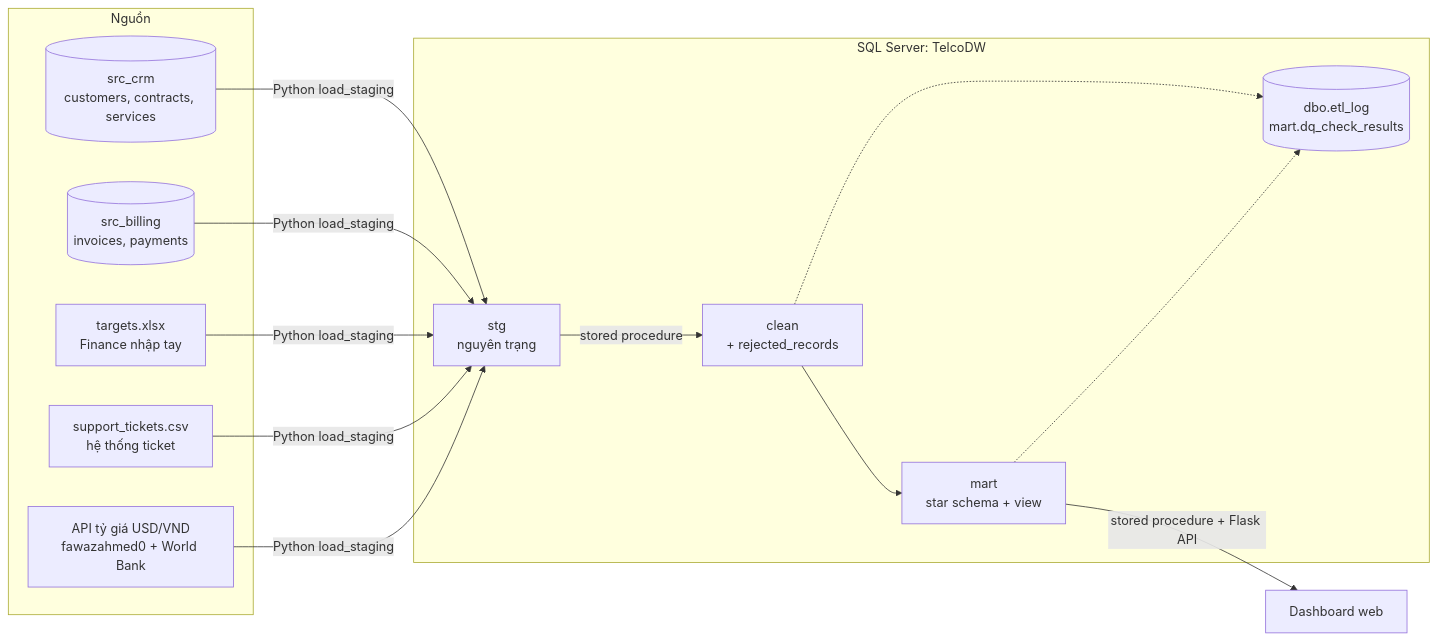
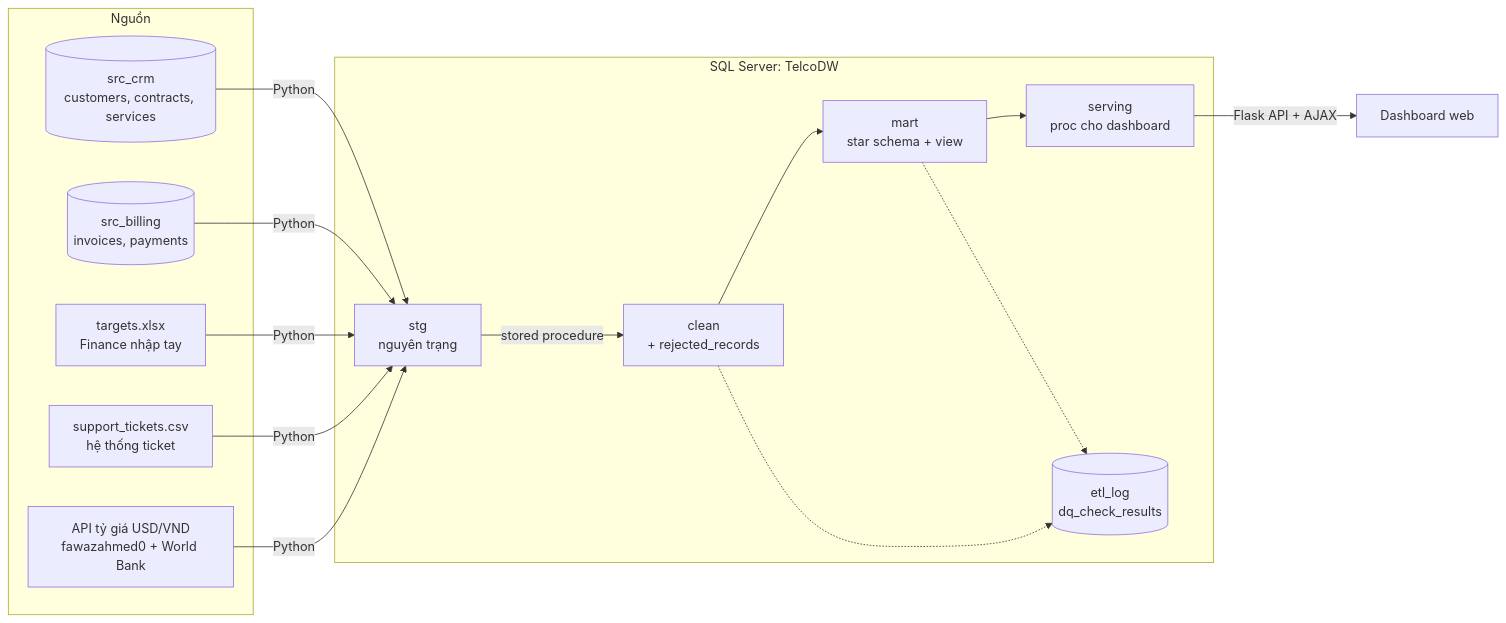
Before and after one commit to duyle215/telco-churn-analytics: the first of 2 diagrams in README.md, drawn with Mermaid. The commit also changed other lines of this file and 4 other files, not shown here.

````diff
--- a/README.md
+++ b/README.md
@@ -24,20 +71,21 @@
 ```mermaid
 flowchart LR
     subgraph Nguồn
         A[(src_crm<br/>customers, contracts, services)]
         B[(src_billing<br/>invoices, payments)]
         C[targets.xlsx<br/>Finance nhập tay]
         D[support_tickets.csv<br/>hệ thống ticket]
         E[API tỷ giá USD/VND<br/>fawazahmed0 + World Bank]
     end
     subgraph TelcoDW [SQL Server: TelcoDW]
         S[stg<br/>nguyên trạng]
         CL[clean<br/>+ rejected_records]
         M[mart<br/>star schema + view]
-        L[(dbo.etl_log<br/>mart.dq_check_results)]
+        SV[serving<br/>proc cho dashboard]
+        L[(etl_log<br/>dq_check_results)]
     end
-    A & B & C & D & E -->|Python load_staging| S
-    S -->|stored procedure| CL --> M
+    A & B & C & D & E -->|Python| S
+    S -->|stored procedure| CL --> M --> SV
     CL & M -.-> L
-    M -->|stored procedure + Flask API| W[Dashboard web]
+    SV -->|Flask API + AJAX| W[Dashboard web]
 ```
````
